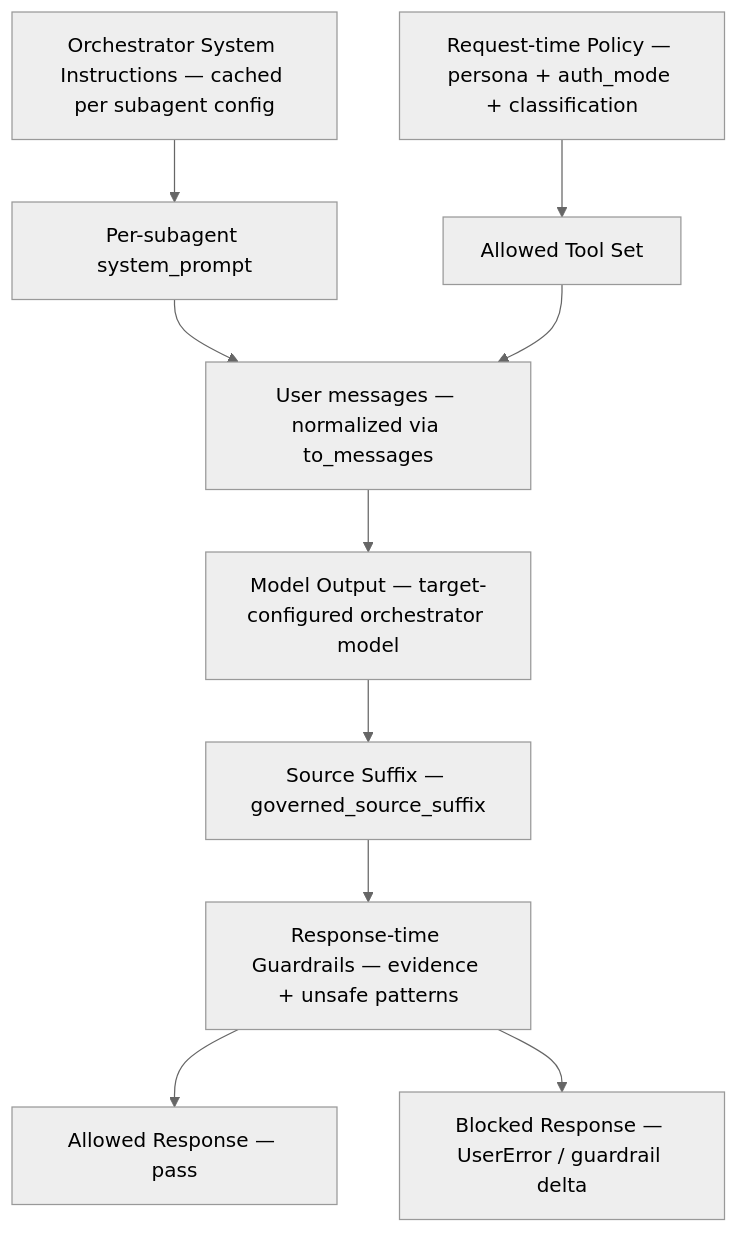
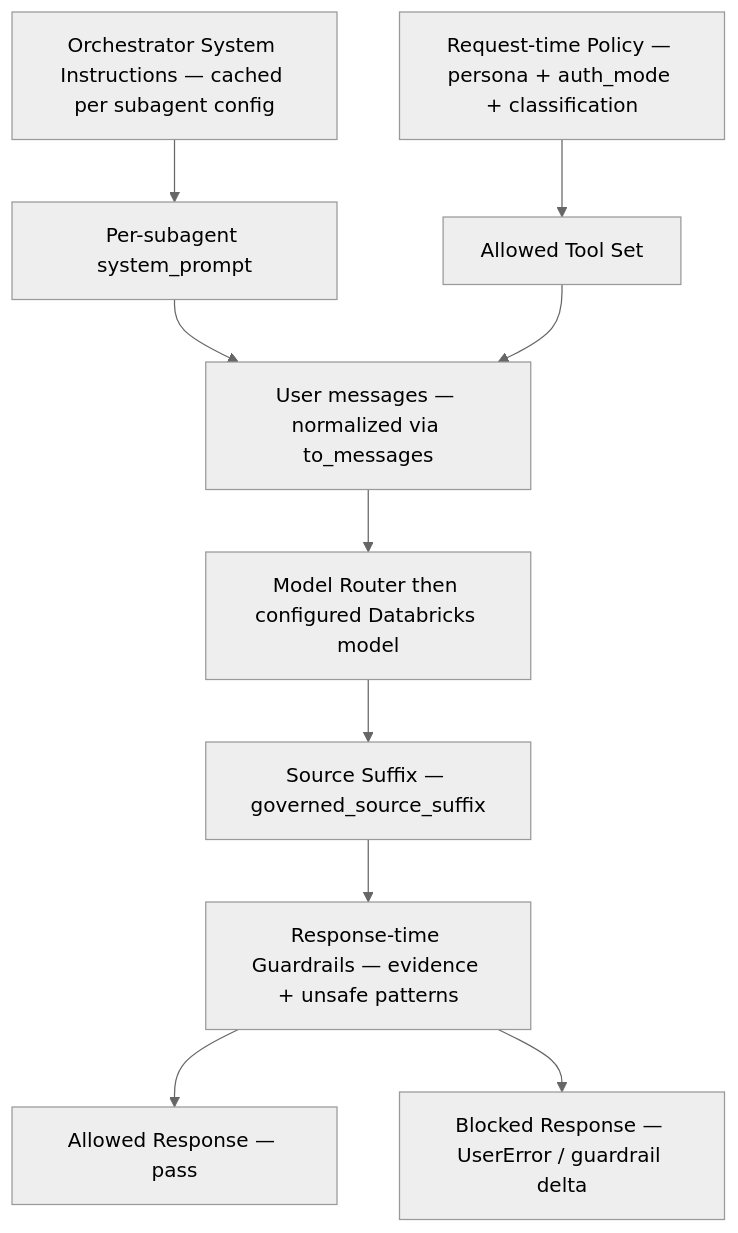
The fourth of 7 diagrams in docs/architecture/design-artifacts/04-logical-detailed.md (wchen-dea/Governed-Multi-Agent-Intelligence-on-Databricks), drawn with Mermaid (neutral theme) before and after one commit. The commit also changed other lines of this file and 29 other files, not shown here.

````diff
--- a/docs/architecture/design-artifacts/04-logical-detailed.md
+++ b/docs/architecture/design-artifacts/04-logical-detailed.md
@@ -82,13 +85,13 @@
 ```mermaid
 flowchart TD
     A[Orchestrator System Instructions — cached per subagent config] --> B[Per-subagent system_prompt]
     B --> C[User messages — normalized via to_messages]
-    C --> D[Model Output — target-configured orchestrator model]
+    C --> D[Model Router then configured Databricks model]
 
     P1[Request-time Policy — persona + auth_mode + classification] --> G[Allowed Tool Set]
     G --> C
     D --> SRC[Source Suffix — governed_source_suffix]
     SRC --> P2[Response-time Guardrails — evidence + unsafe patterns]
     P2 --> E[Allowed Response — pass]
     P2 --> F[Blocked Response — UserError / guardrail delta]
 ```
````
